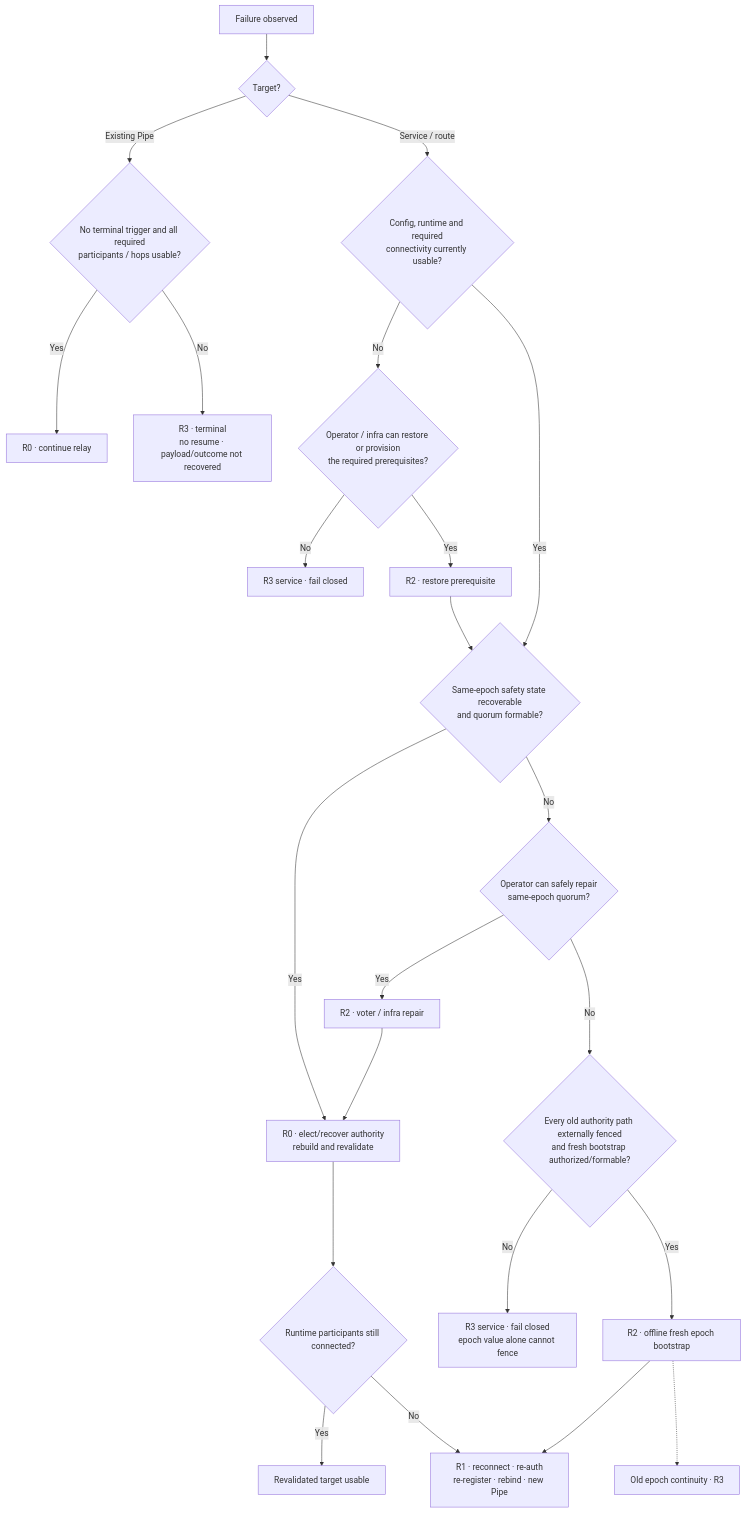
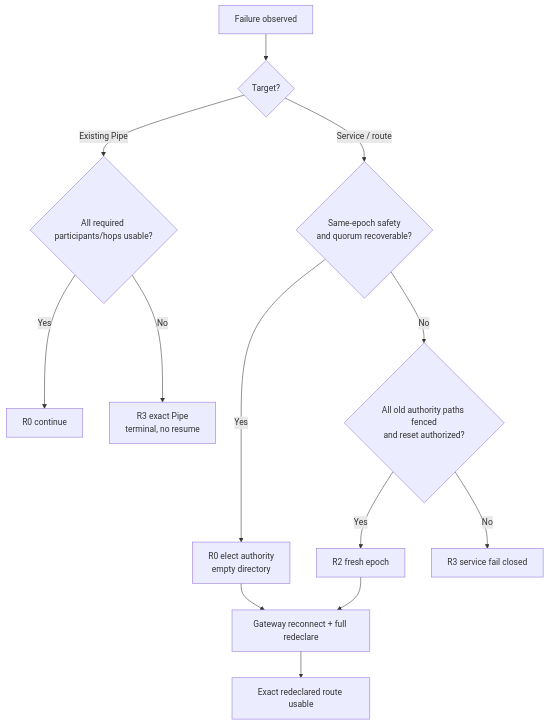
One commit to cagojeiger/relaygate changed the third of 3 diagrams in docs/spec/003-failure-and-recovery-model.md. Above: the diagram before and after it, drawn with Mermaid. The commit also changed other lines of this file and 120 other files, not shown here.

````diff
--- a/docs/spec/003-failure-and-recovery-model.md
+++ b/docs/spec/003-failure-and-recovery-model.md
@@ -525,26 +224,15 @@
 ```mermaid
 flowchart TD
     F["Failure observed"] --> T{"Target?"}
-    T -->|"Existing Pipe"| P{"No terminal trigger and all required<br/>participants / hops usable?"}
-    P -->|Yes| R0P["R0 · continue relay"]
-    P -->|No| R3P["R3 · terminal<br/>no resume · payload/outcome not recovered"]
+    T -->|"Existing Pipe"| P{"All required participants/hops usable?"}
+    P -->|Yes| R0P["R0 continue"]
+    P -->|No| R3P["R3 exact Pipe<br/>terminal, no resume"]
 
-    T -->|"Service / route"| B{"Config, runtime and required<br/>connectivity currently usable?"}
-    B -->|No| BR{"Operator / infra can restore or provision<br/>the required prerequisites?"}
-    BR -->|No| R3S["R3 service · fail closed"]
-    BR -->|Yes| R2B["R2 · restore prerequisite"]
-    B -->|Yes| E{"Same-epoch safety state recoverable<br/>and quorum formable?"}
-    R2B --> E
-    E -->|Yes| R0["R0 · elect/recover authority<br/>rebuild and revalidate"]
-    R0 --> L{"Runtime participants still connected?"}
-    L -->|Yes| USE["Revalidated target usable"]
-    L -->|No| R1["R1 · reconnect · re-auth<br/>re-register · rebind · new Pipe"]
-    E -->|No| ER{"Operator can safely repair<br/>same-epoch quorum?"}
-    ER -->|Yes| R2E["R2 · voter / infra repair"]
-    R2E --> R0
-    ER -->|No| X{"Every old authority path externally fenced<br/>and fresh bootstrap authorized/formable?"}
-    X -->|No| R3E["R3 service · fail closed<br/>epoch value alone cannot fence"]
-    X -->|Yes| FRESH["R2 · offline fresh epoch bootstrap"]
-    FRESH --> R1
-    FRESH -.-> OLD["Old epoch continuity · R3"]
+    T -->|"Service / route"| Q{"Same-epoch safety<br/>and quorum recoverable?"}
+    Q -->|Yes| A["R0 elect authority<br/>empty directory"]
+    A --> G["Gateway reconnect + full redeclare"]
+    G --> R["Exact redeclared route usable"]
+    Q -->|No| X{"All old authority paths fenced<br/>and reset authorized?"}
+    X -->|Yes| R2["R2 fresh epoch"] --> G
+    X -->|No| R3["R3 service fail closed"]
 ```
````
